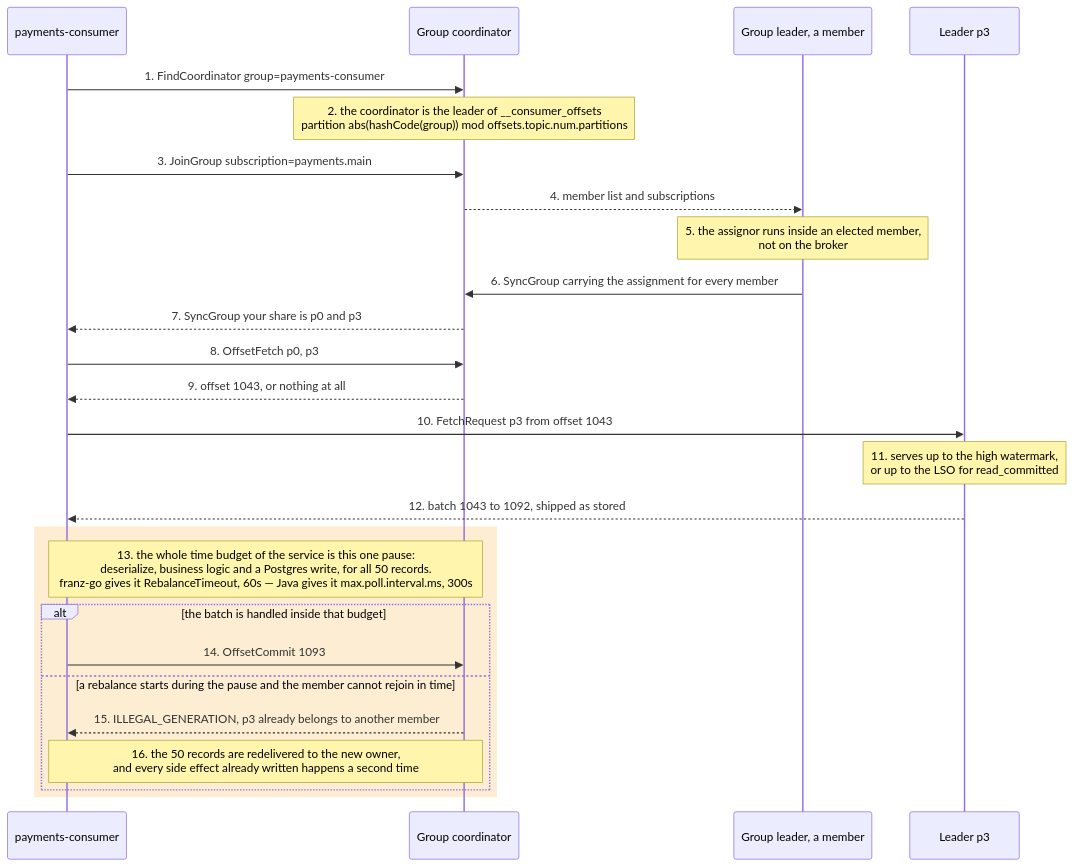
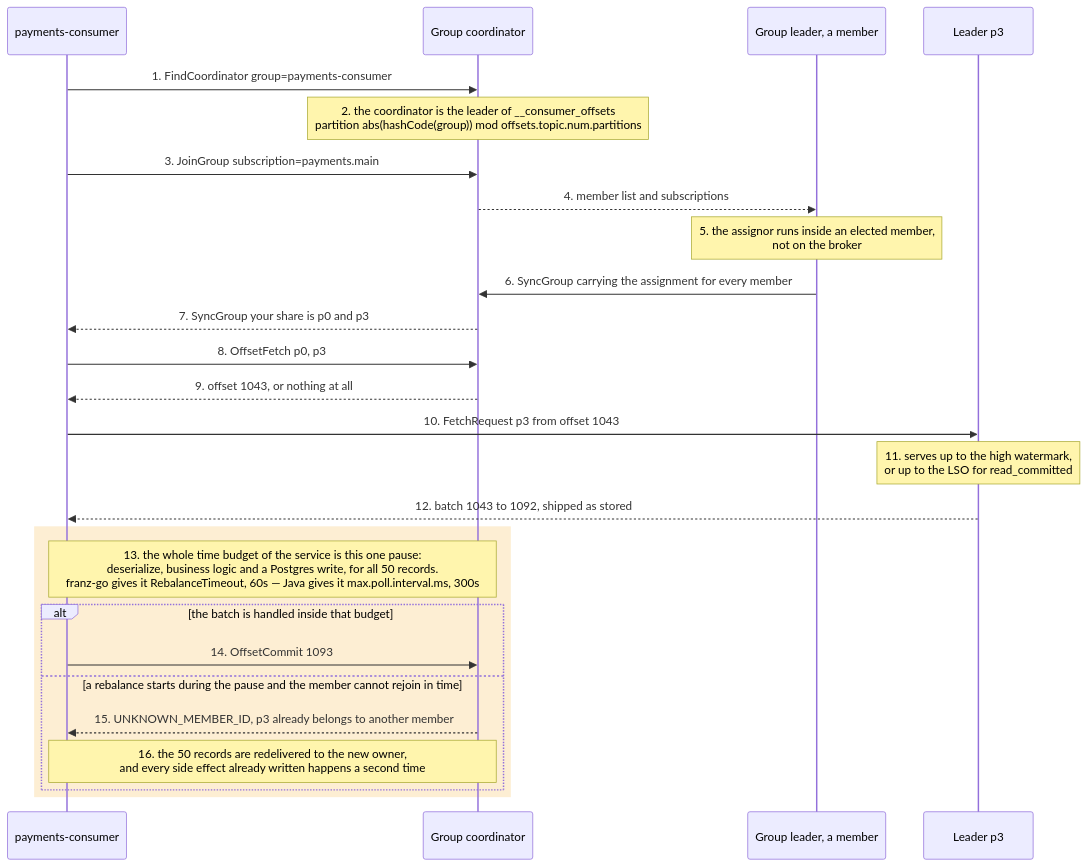
One commit to DmytroLysenko1/Kafka-lab changed the diagram in docs/static/03-read-path.md. Above: the diagram before and after it, drawn with Mermaid. The commit also changed other lines of this file and 30 other files, not shown here.

````diff
--- a/docs/static/03-read-path.md
+++ b/docs/static/03-read-path.md
@@ -8,34 +8,34 @@
 ```mermaid
 sequenceDiagram
     participant C as payments-consumer
     participant CO as Group coordinator
     participant GL as Group leader, a member
     participant L as Leader p3
 
     C->>CO: 1. FindCoordinator group=payments-consumer
     Note over CO: 2. the coordinator is the leader of __consumer_offsets<br/>partition abs(hashCode(group)) mod offsets.topic.num.partitions
 
     C->>CO: 3. JoinGroup subscription=payments.main
     CO-->>GL: 4. member list and subscriptions
     Note over GL: 5. the assignor runs inside an elected member,<br/>not on the broker
     GL->>CO: 6. SyncGroup carrying the assignment for every member
     CO-->>C: 7. SyncGroup your share is p0 and p3
 
     C->>CO: 8. OffsetFetch p0, p3
     CO-->>C: 9. offset 1043, or nothing at all
 
     C->>L: 10. FetchRequest p3 from offset 1043
     Note over L: 11. serves up to the high watermark,<br/>or up to the LSO for read_committed
     L-->>C: 12. batch 1043 to 1092, shipped as stored
 
     rect rgba(245, 158, 11, 0.18)
         Note over C,CO: 13. the whole time budget of the service is this one pause:<br/>deserialize, business logic and a Postgres write, for all 50 records.<br/>franz-go gives it RebalanceTimeout, 60s — Java gives it max.poll.interval.ms, 300s
 
         alt the batch is handled inside that budget
             C->>CO: 14. OffsetCommit 1093
         else a rebalance starts during the pause and the member cannot rejoin in time
-            CO-->>C: 15. ILLEGAL_GENERATION, p3 already belongs to another member
+            CO-->>C: 15. UNKNOWN_MEMBER_ID, p3 already belongs to another member
             Note over C,CO: 16. the 50 records are redelivered to the new owner,<br/>and every side effect already written happens a second time
         end
     end
 ```
````
